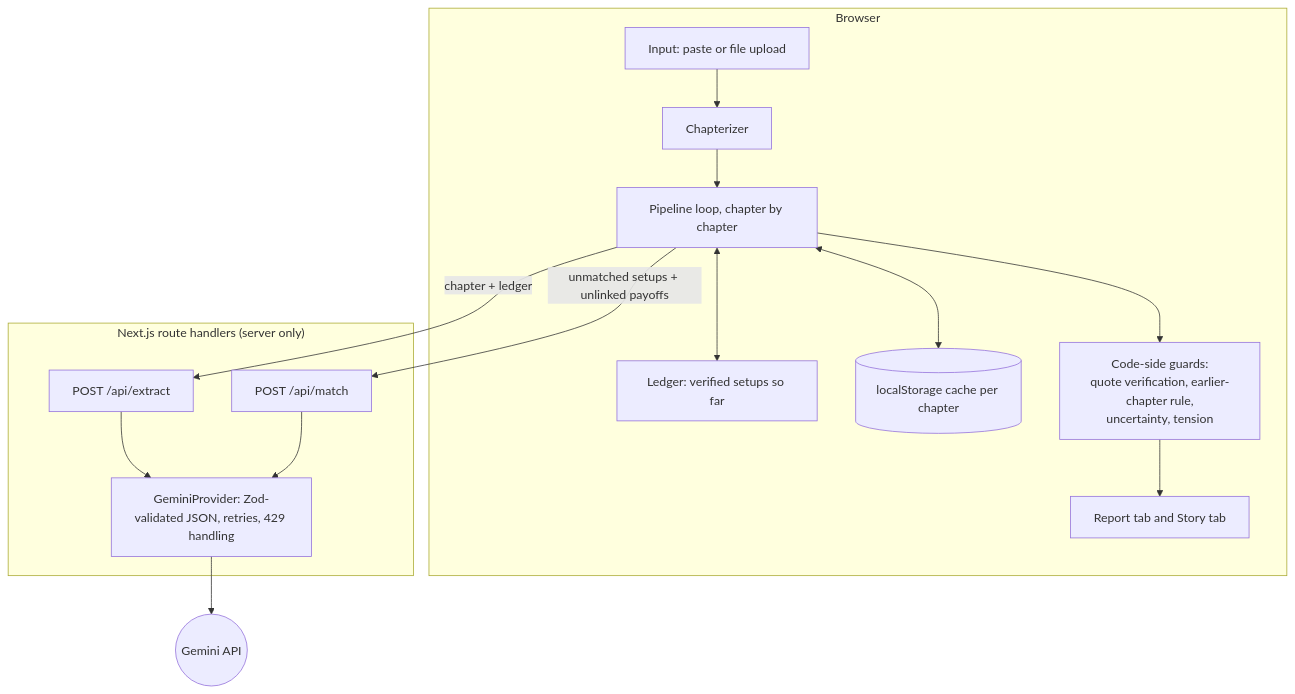
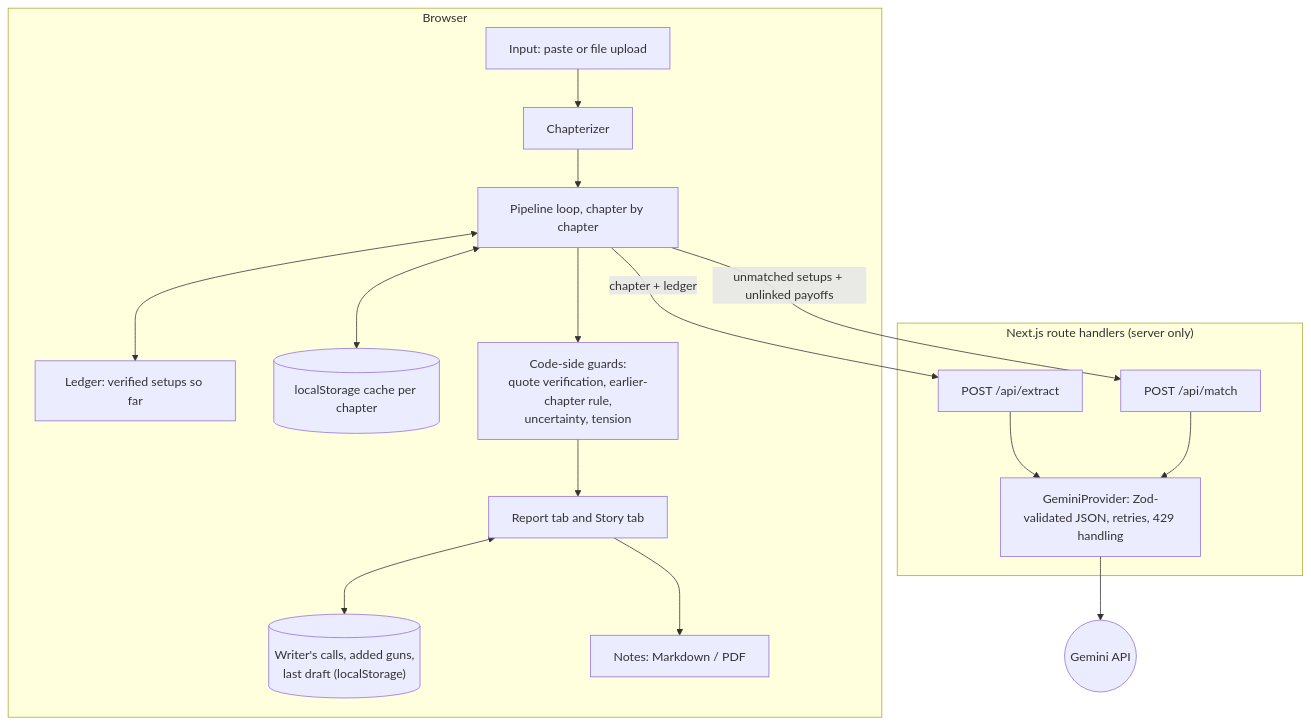
Before and after one commit to Auritras/Chekhovs-Gunners: the diagram in README.md, drawn with Mermaid. The commit also changed other lines of this file and 4 other files, not shown here.

````diff
--- a/README.md
+++ b/README.md
@@ -43,18 +73,20 @@
 ```mermaid
 flowchart TD
   subgraph Browser
     IN["Input: paste or file upload"] --> CH["Chapterizer"]
     CH --> LOOP["Pipeline loop, chapter by chapter"]
     LOOP <--> LED["Ledger: verified setups so far"]
     LOOP <--> CACHE[("localStorage cache per chapter")]
     LOOP --> GUARD["Code-side guards:<br/>quote verification, earlier-chapter rule,<br/>uncertainty, tension"]
     GUARD --> VIEWS["Report tab and Story tab"]
+    VIEWS <--> WRITER[("Writer's calls, added guns,<br/>last draft (localStorage)")]
+    VIEWS --> NOTES["Notes: Markdown / PDF"]
   end
   LOOP -- "chapter + ledger" --> EX["POST /api/extract"]
   LOOP -- "unmatched setups + unlinked payoffs" --> MA["POST /api/match"]
   subgraph Server["Next.js route handlers (server only)"]
     EX --> PROV["GeminiProvider: Zod-validated JSON, retries, 429 handling"]
     MA --> PROV
   end
   PROV --> GEM(("Gemini API"))
 ```
````
